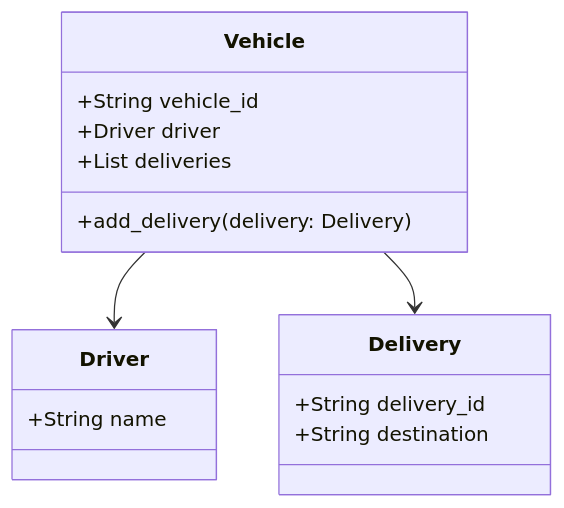
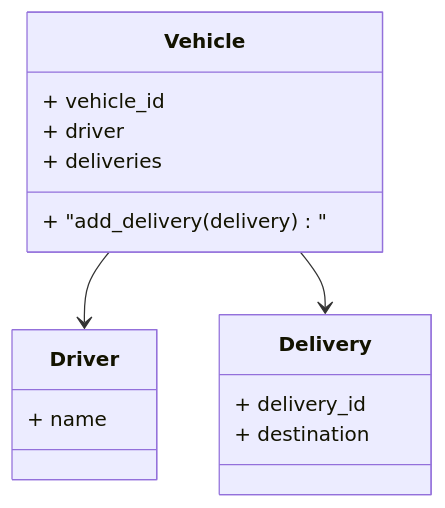
Before and after one commit to 42jerrykim/42jerrykim.github.io: diagram 12 of 15 in content/post/2024/2024-11-08-python-oop/index.md, drawn with Mermaid. The commit also changed other lines of this file and 239 other files, not shown here.

````diff
--- a/content/post/2024/2024-11-08-python-oop/index.md
+++ b/content/post/2024/2024-11-08-python-oop/index.md
@@ -871,18 +917,18 @@
 ```mermaid
 classDiagram
     class Vehicle {
-        +String vehicle_id
-        +Driver driver
-        +List<Delivery> deliveries
-        +add_delivery(delivery: Delivery)
+        + vehicle_id
+        + driver
+        + deliveries
+        + "add_delivery(delivery)"
     }
     class Driver {
-        +String name
+        + name
     }
     class Delivery {
-        +String delivery_id
-        +String destination
+        + delivery_id
+        + destination
     }
     Vehicle --> Driver
     Vehicle --> Delivery
 ```
````
